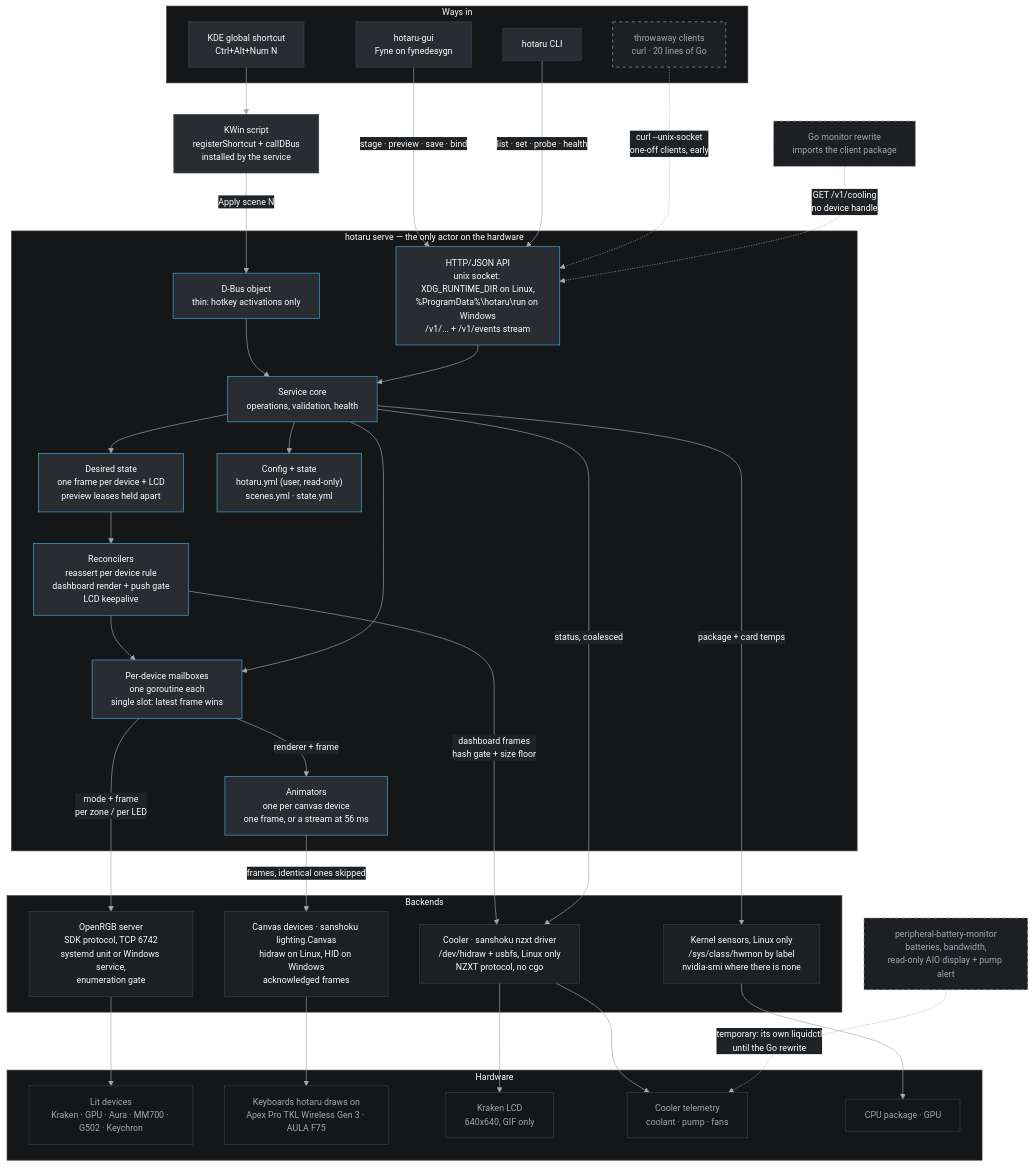
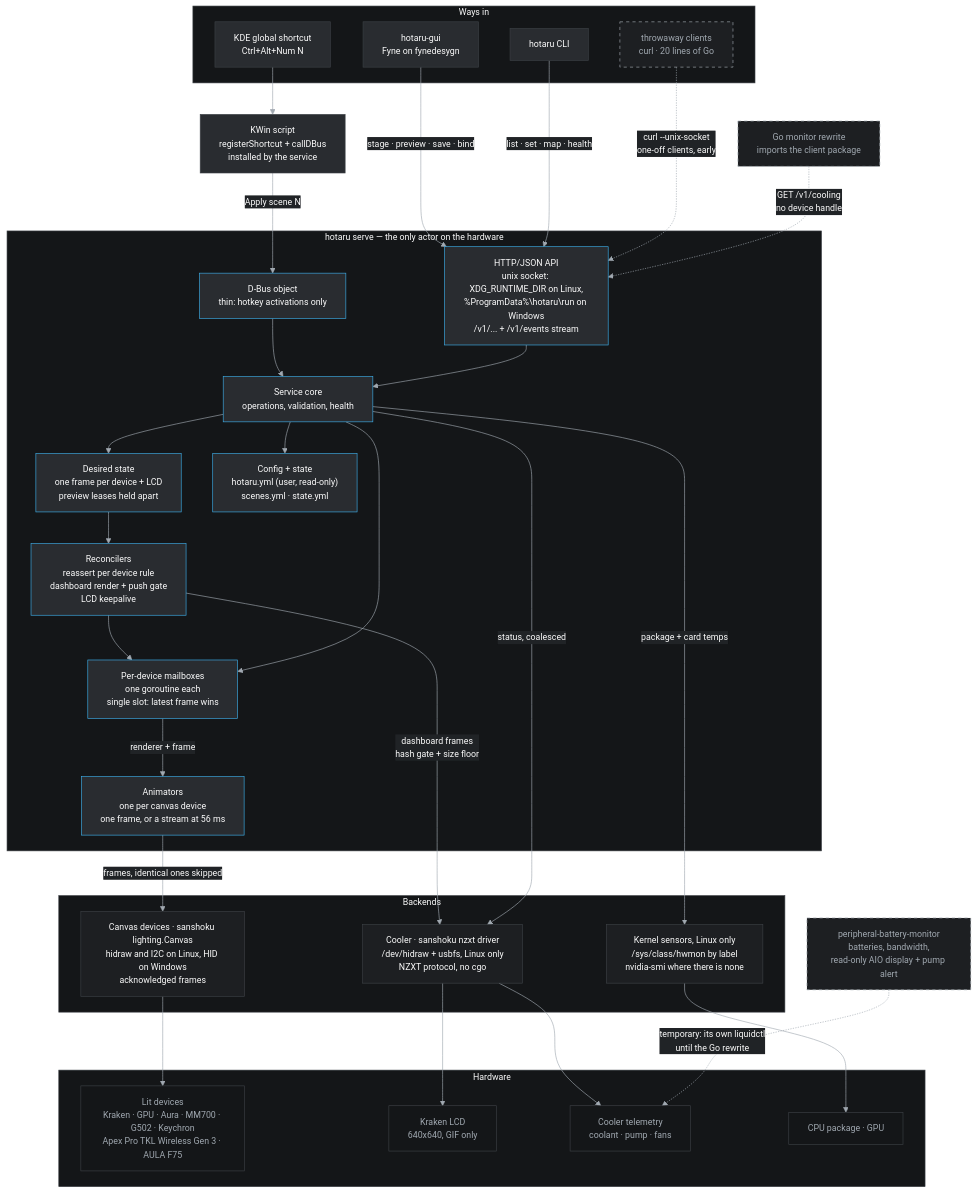
The first of 3 diagrams in docs/architecture.md (ushineko/hotaru), drawn with Mermaid before and after one commit. The commit also changed other lines of this file and 118 other files, not shown here.

```diff
--- a/docs/architecture.md
+++ b/docs/architecture.md
@@ -40,15 +40,13 @@
     end
 
     subgraph backends["Backends"]
-        ORGB["OpenRGB server<br/>SDK protocol, TCP 6742<br/>systemd unit or Windows service,<br/>enumeration gate"]
         COOL["Cooler · sanshoku nzxt driver<br/>/dev/hidraw + usbfs, Linux only<br/>NZXT protocol, no cgo"]
-        CANV["Canvas devices · sanshoku lighting.Canvas<br/>hidraw on Linux, HID on Windows<br/>acknowledged frames"]
+        CANV["Canvas devices · sanshoku lighting.Canvas<br/>hidraw and I2C on Linux, HID on Windows<br/>acknowledged frames"]
         HWMON["Kernel sensors, Linux only<br/>/sys/class/hwmon by label<br/>nvidia-smi where there is none"]
     end
 
     subgraph hw["Hardware"]
-        LIT["Lit devices<br/>Kraken · GPU · Aura · MM700 · G502 · Keychron"]
-        KEYS["Keyboards hotaru draws on<br/>Apex Pro TKL Wireless Gen 3 · AULA F75"]
+        LIT["Lit devices<br/>Kraken · GPU · Aura · MM700 · G502 · Keychron<br/>Apex Pro TKL Wireless Gen 3 · AULA F75"]
         LCD["Kraken LCD<br/>640x640, GIF only"]
         TELEM["Cooler telemetry<br/>coolant · pump · fans"]
         TEMP["CPU package · GPU"]
@@ -60,7 +58,7 @@
     KEY --> KWIN
     KWIN -->|"Apply scene N"| DBUS
     GUI -->|"stage · preview · save · bind"| API
-    CLI -->|"list · set · probe · health"| API
+    CLI -->|"list · set · map · health"| API
     DEV -.->|"curl --unix-socket<br/>one-off clients, early"| API
 
     DBUS --> CORE
@@ -71,15 +69,13 @@
     RECON --> MBOX
     CORE --> MBOX
 
-    MBOX -->|"mode + frame<br/>per zone / per LED"| ORGB
     MBOX -->|"renderer + frame"| ANIM
     ANIM -->|"frames, identical ones skipped"| CANV
     RECON -->|"dashboard frames<br/>hash gate + size floor"| COOL
     CORE -->|"status, coalesced"| COOL
     CORE -->|"package + card temps"| HWMON
 
-    ORGB --> LIT
-    CANV --> KEYS
+    CANV --> LIT
     COOL --> LCD
     COOL --> TELEM
     HWMON --> TEMP
@@ -94,8 +90,8 @@
     classDef entry fill:#292c30,stroke:#3c4045,color:#fcfcfc
 
     class DBUS,API,CORE,STATE,RECON,MBOX,ANIM,CFG svcnode
-    class ORGB,COOL,CANV,HWMON backend
-    class LIT,KEYS,LCD,TELEM,TEMP hwnode
+    class COOL,CANV,HWMON backend
+    class LIT,LCD,TELEM,TEMP hwnode
     class KEY,GUI,CLI,KWIN entry
     class DEV future
     class FUTURE,PBM future
```
